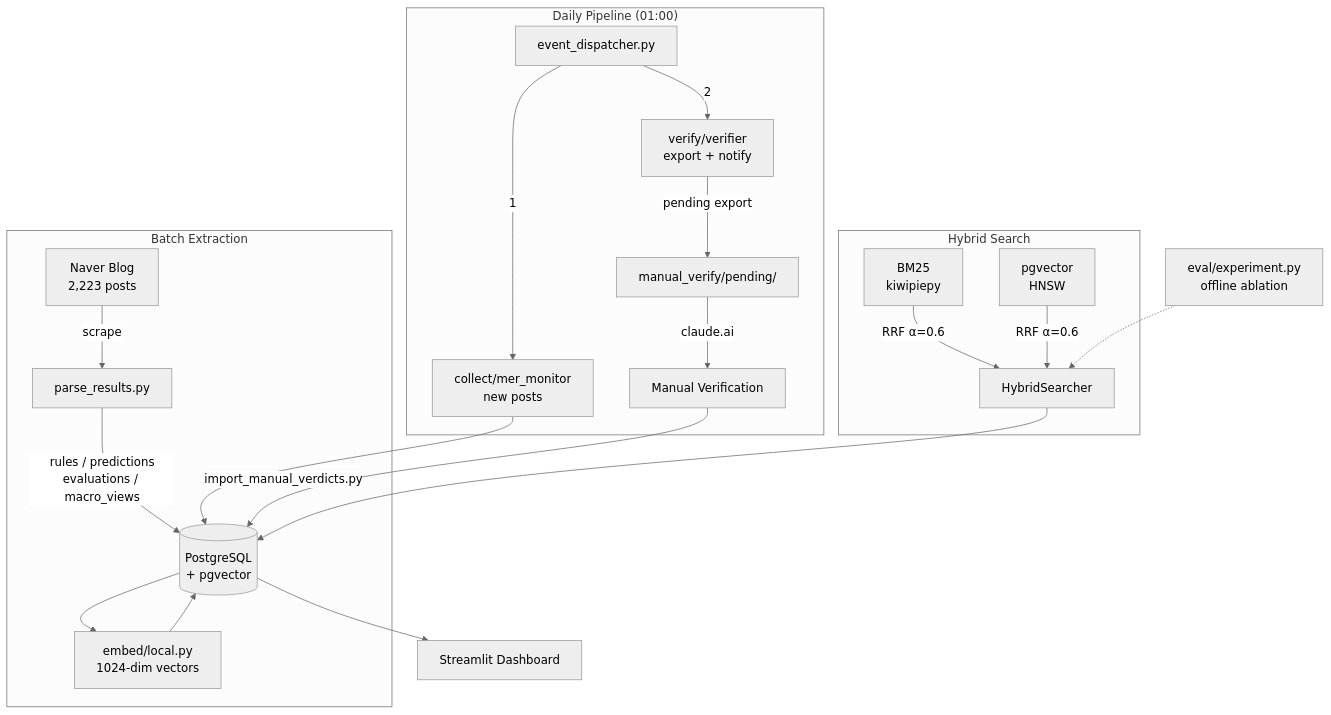
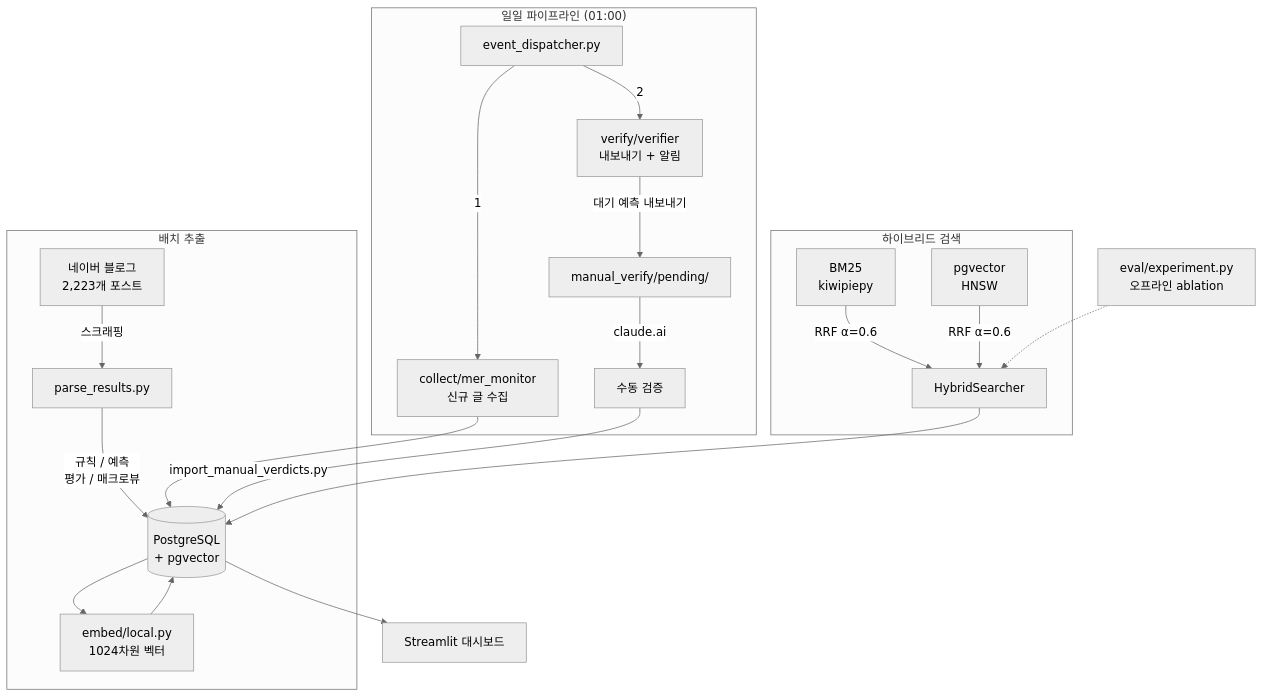
The diagram in README.md (11e3/mer-insight-pipeline), drawn with Mermaid (neutral theme) before and after one commit. The commit also changed other lines of this file and 2 other files, not shown here.

````diff
--- a/README.md
+++ b/README.md
@@ -24,28 +24,28 @@
 ```mermaid
 flowchart TD
-    subgraph Batch Extraction
-        A[Naver Blog<br>2,223 posts] -->|scrape| B[parse_results.py]
-        B -->|rules / predictions<br>evaluations / macro_views| C[(PostgreSQL<br>+ pgvector)]
-        C --> EMB[embed/local.py<br>1024-dim vectors]
+    subgraph 배치 추출
+        A[네이버 블로그<br>2,223개 포스트] -->|스크래핑| B[parse_results.py]
+        B -->|규칙 / 예측<br>평가 / 매크로뷰| C[(PostgreSQL<br>+ pgvector)]
+        C --> EMB[embed/local.py<br>1024차원 벡터]
         EMB --> C
     end
 
-    subgraph "Daily Pipeline (01:00)"
-        ED[event_dispatcher.py] -->|1| MER[collect/mer_monitor<br>new posts]
-        ED -->|2| PV[verify/verifier<br>export + notify]
+    subgraph "일일 파이프라인 (01:00)"
+        ED[event_dispatcher.py] -->|1| MER[collect/mer_monitor<br>신규 글 수집]
+        ED -->|2| PV[verify/verifier<br>내보내기 + 알림]
         MER --> C
-        PV -->|pending export| EX[manual_verify/pending/]
-        EX -->|claude.ai| MAN[Manual Verification]
+        PV -->|대기 예측 내보내기| EX[manual_verify/pending/]
+        EX -->|claude.ai| MAN[수동 검증]
         MAN -->|import_manual_verdicts.py| C
     end
 
-    subgraph Hybrid Search
+    subgraph 하이브리드 검색
         HS1[BM25<br>kiwipiepy] & HS2[pgvector<br>HNSW] -->|RRF α=0.6| HS3[HybridSearcher]
     end
 
     HS3 --> C
 
-    C --> Q[Streamlit Dashboard]
+    C --> Q[Streamlit 대시보드]
 
-    EV[eval/experiment.py<br>offline ablation] -.-> HS3
+    EV[eval/experiment.py<br>오프라인 ablation] -.-> HS3
 ```
````
